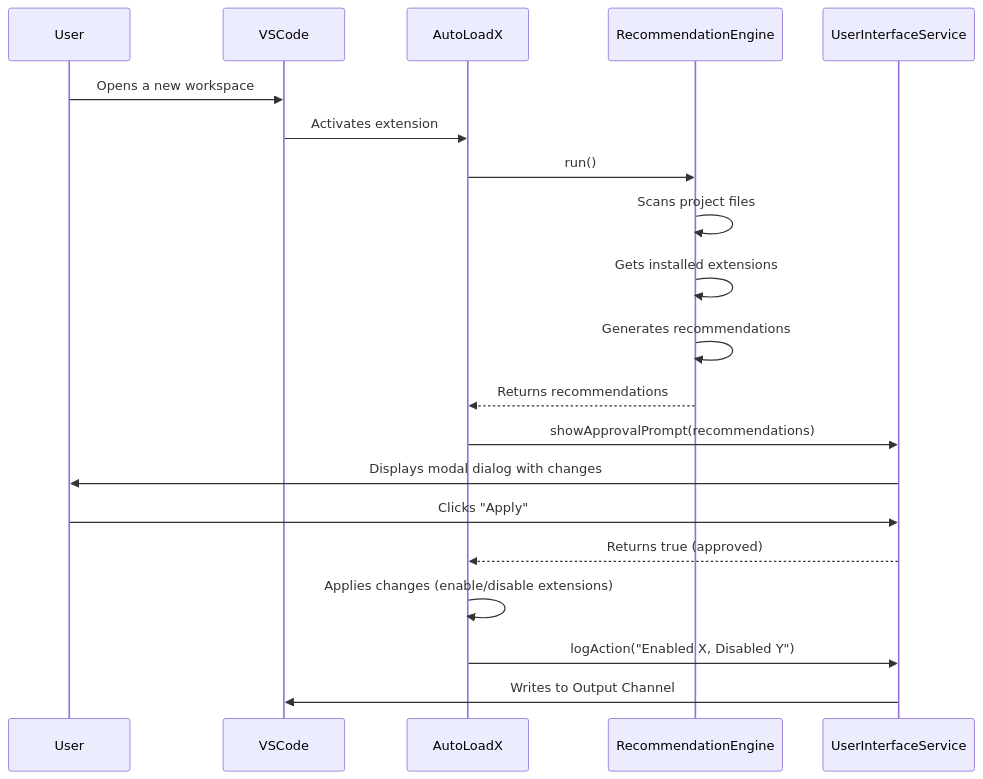
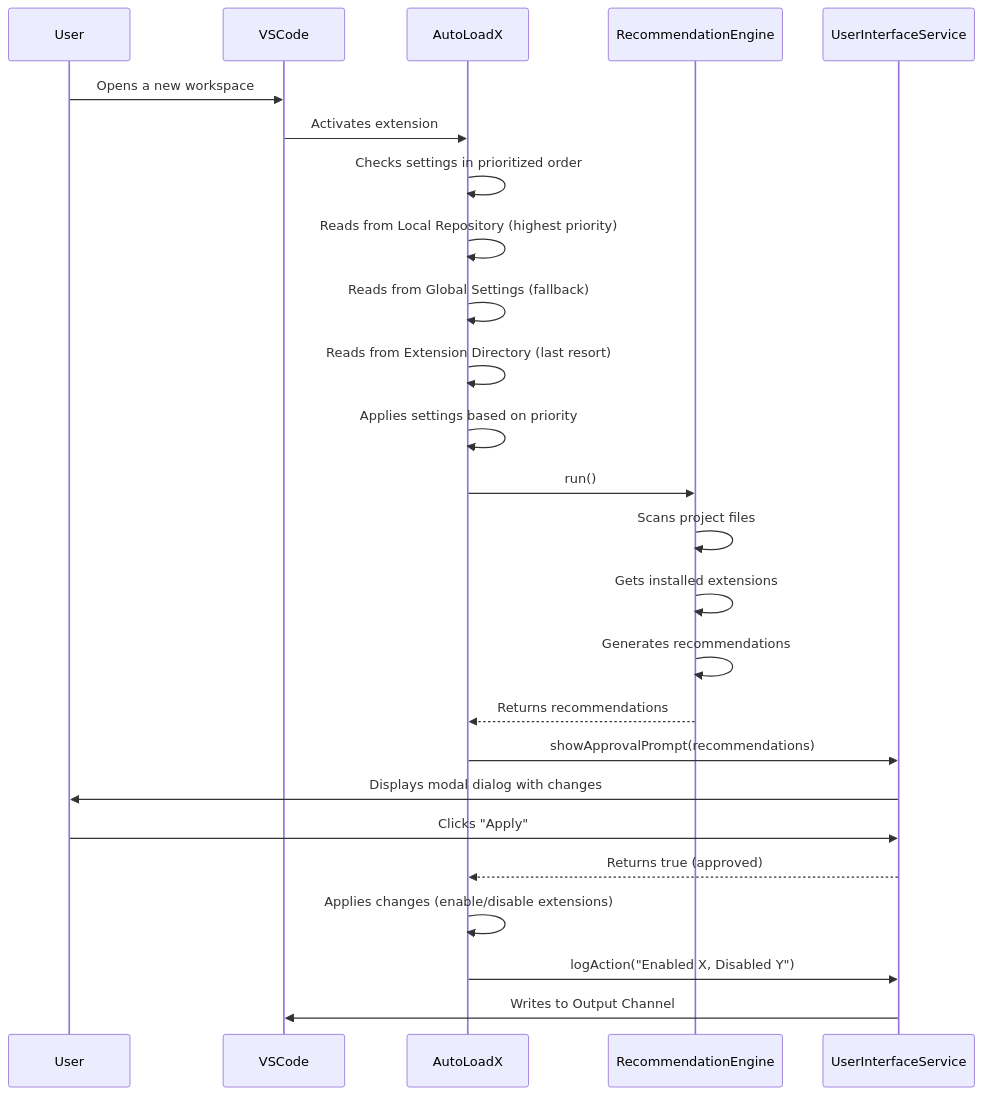
Before and after one commit to thoroc/vscode-extension-autoloadX: the diagram in docs/architecture/core-workflows.md, drawn with Mermaid. The commit also changed 1 other file, not shown here.

Commit message:
feat(docs): enhance core workflows documentation with settings priority

````diff
--- a/docs/architecture/core-workflows.md
+++ b/docs/architecture/core-workflows.md
@@ -3,23 +3,28 @@
 ```mermaid
 sequenceDiagram
     participant User
     participant VSCode
     participant AutoLoadX
     participant RecommendationEngine
     participant UserInterfaceService
 
     User->>VSCode: Opens a new workspace
     VSCode->>AutoLoadX: Activates extension
+    AutoLoadX->>AutoLoadX: Checks settings in prioritized order
+    AutoLoadX->>AutoLoadX: Reads from Local Repository (highest priority)
+    AutoLoadX->>AutoLoadX: Reads from Global Settings (fallback)
+    AutoLoadX->>AutoLoadX: Reads from Extension Directory (last resort)
+    AutoLoadX->>AutoLoadX: Applies settings based on priority
     AutoLoadX->>RecommendationEngine: run()
     RecommendationEngine->>RecommendationEngine: Scans project files
     RecommendationEngine->>RecommendationEngine: Gets installed extensions
     RecommendationEngine->>RecommendationEngine: Generates recommendations
     RecommendationEngine-->>AutoLoadX: Returns recommendations
     AutoLoadX->>UserInterfaceService: showApprovalPrompt(recommendations)
     UserInterfaceService->>User: Displays modal dialog with changes
     User->>UserInterfaceService: Clicks "Apply"
     UserInterfaceService-->>AutoLoadX: Returns true (approved)
     AutoLoadX->>AutoLoadX: Applies changes (enable/disable extensions)
     AutoLoadX->>UserInterfaceService: logAction("Enabled X, Disabled Y")
     UserInterfaceService->>VSCode: Writes to Output Channel
 ```
````
